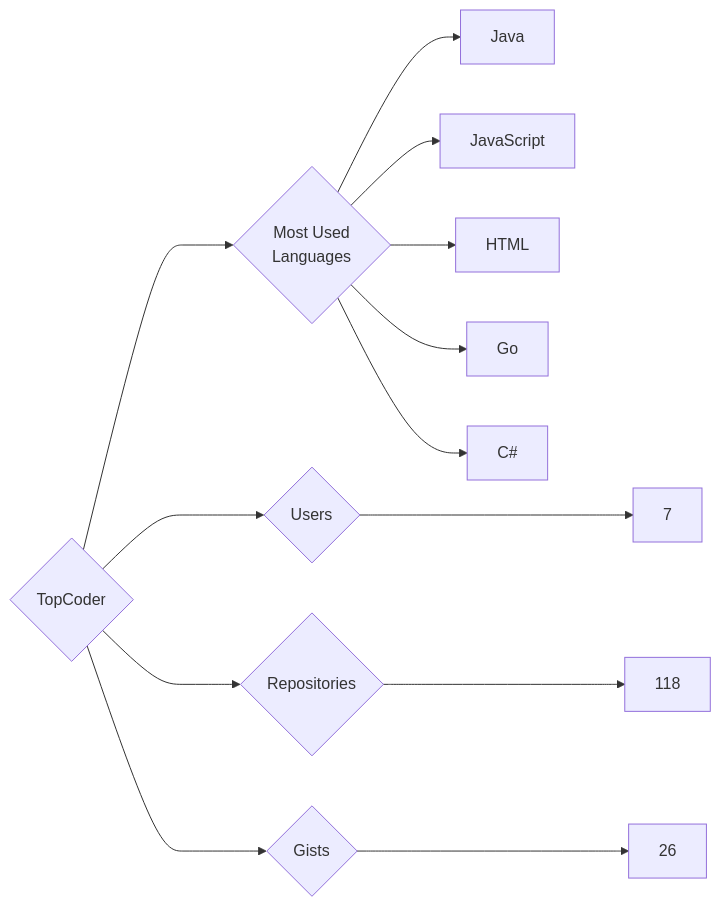
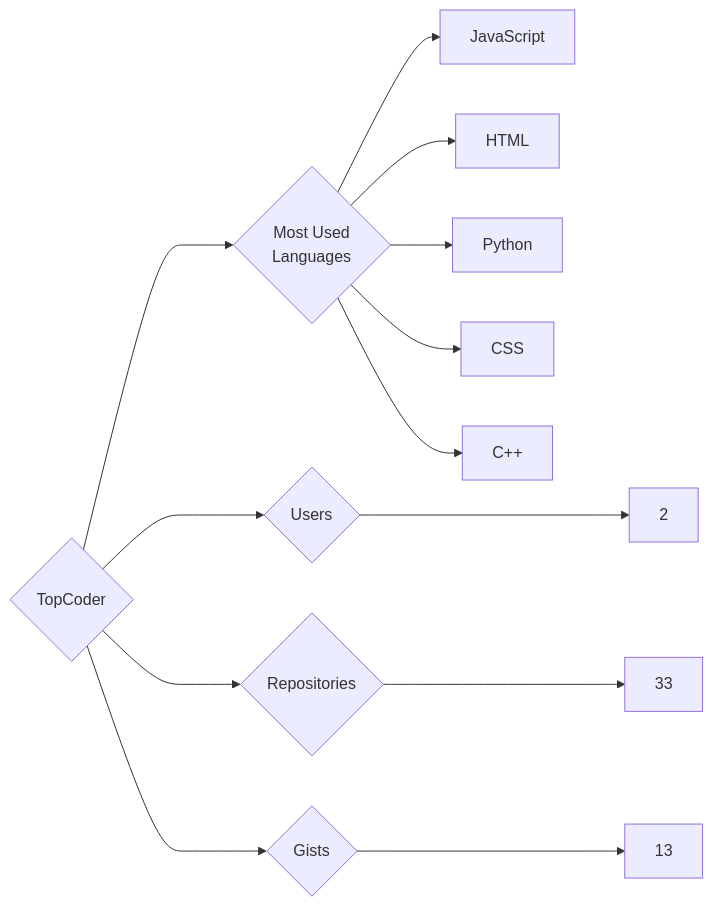
One commit to trickest/insiders changed the diagram in targets/TopCoder/README.md. Above: the diagram before and after it, drawn with Mermaid. The commit also changed 898 other files, not shown here.

````diff
--- a/targets/TopCoder/README.md
+++ b/targets/TopCoder/README.md
@@ -3,13 +3,13 @@
 ```mermaid
 graph LR
 COMPANY_NAME{TopCoder}
-COMPANY_NAME ---> U{Users} ---> UN[7]
-COMPANY_NAME ---> R{Repositories} ---> RN[118]
-COMPANY_NAME ---> G{Gists} ---> GN[26]
+COMPANY_NAME ---> U{Users} ---> UN[2]
+COMPANY_NAME ---> R{Repositories} ---> RN[33]
+COMPANY_NAME ---> G{Gists} ---> GN[13]
 COMPANY_NAME ---> ML{Most Used<br>Languages}
-ML --> Java[Java]
 ML --> JavaScript[JavaScript]
 ML --> HTML[HTML]
-ML --> Go[Go]
-ML --> C#[C#]
+ML --> Python[Python]
+ML --> CSS[CSS]
+ML --> C++[C++]
 ```
````
